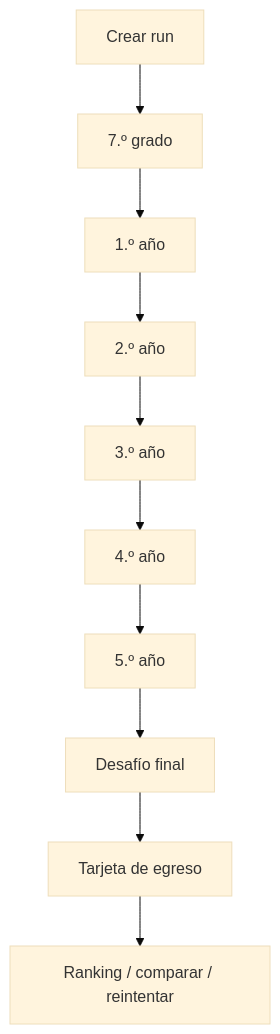
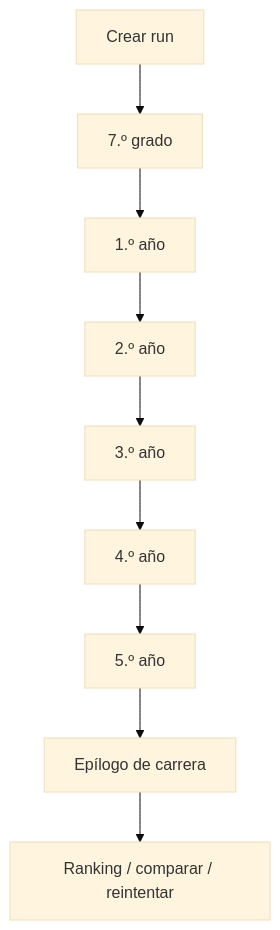
The second of 2 diagrams in docs/01-game-design/game-design-document.md (gastong256/mono256_egresado-game), drawn with Mermaid (base theme) before and after one commit. The commit also changed other lines of this file and 48 other files, not shown here.

````diff
--- a/docs/01-game-design/game-design-document.md
+++ b/docs/01-game-design/game-design-document.md
@@ -49,12 +51,11 @@
 ```mermaid
 flowchart TD
     S[Crear run] --> Y7[7.º grado]
     Y7 --> Y1[1.º año]
     Y1 --> Y2[2.º año]
     Y2 --> Y3[3.º año]
     Y3 --> Y4[4.º año]
     Y4 --> Y5[5.º año]
-    Y5 --> F[Desafío final]
-    F --> R[Tarjeta de egreso]
+    Y5 --> R[Epílogo de carrera]
     R --> L[Ranking / comparar / reintentar]
 ```
````
